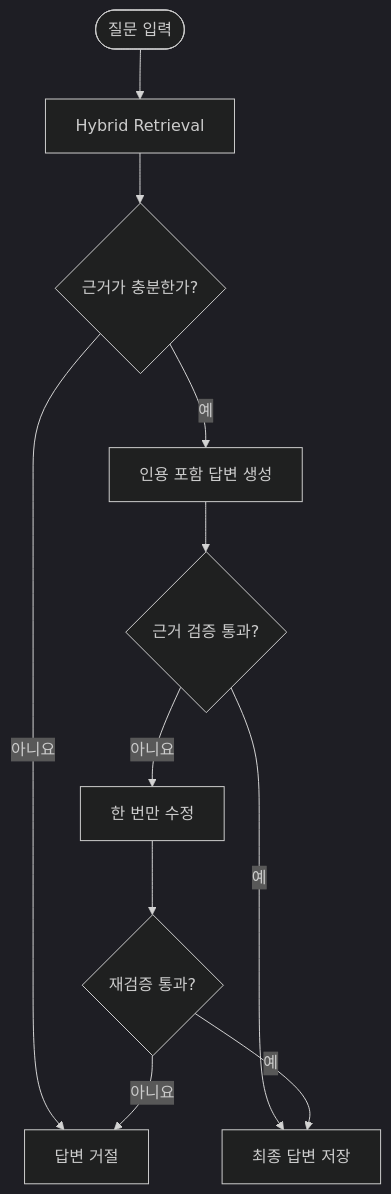
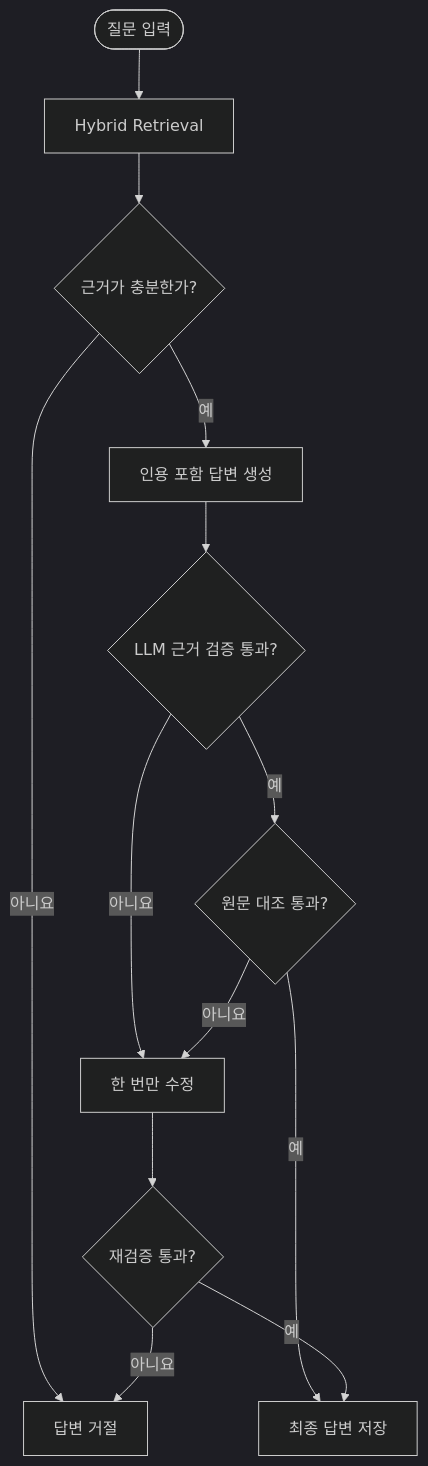
One commit to nnieun/life-archive-ai changed the first of 2 diagrams in README.md. Above: the diagram before and after it, drawn with Mermaid (dark theme). The commit also changed other lines of this file and 2 other files, not shown here.

Commit message:
feat(qa): LLM이 통과시킨 답변을 전사 원문과 결정론적으로 대조
기존 검증은 두 층뿐이었다. _draft_validation_error는 인용된 memory_id가
검색 결과 안에 있는지만 보고, AnswerVerification은 모델이 자기 답변을
스스로 채점한 결과다. 그래서 가짜 ID는 못 만들어도 진짜 ID에 지어낸
문장을 붙이면 그대로 통과했다.

_grounding_error를 추가했다. 검증기가 passed=True를 준 뒤에 실행되며,
모델 없이 확인 가능한 토큰만 본다.

- 주장에 나오는 숫자는 인용된 기억의 필드와 memory_sources offset으로
  잘라낸 전사 원문에 실제로 있어야 한다.
- 검색된 다른 기억의 인물 이름이 그 기억을 인용하지 않은 주장에
  등장하면 거부한다.
- 인용된 기억의 세그먼트를 찾을 수 없으면 추적 불가로 거부한다.

LLM 판정은 그대로 두고 거부권만 추가하는 순서라, 검증기가 두 번
통과시켜도 근거 없는 연도는 답변에 남지 않는다.

````diff
--- a/README.md
+++ b/README.md
@@ -95,16 +95,19 @@
 ```mermaid
 flowchart TD
     START([질문 입력]) --> RETRIEVE[Hybrid Retrieval]
     RETRIEVE --> CHECK{근거가 충분한가?}
 
     CHECK -- 아니요 --> REJECT[답변 거절]
     CHECK -- 예 --> GENERATE[인용 포함 답변 생성]
 
-    GENERATE --> VERIFY{근거 검증 통과?}
-    VERIFY -- 예 --> FINAL[최종 답변 저장]
+    GENERATE --> VERIFY{LLM 근거 검증 통과?}
+    VERIFY -- 예 --> GROUND{원문 대조 통과?}
     VERIFY -- 아니요 --> REWRITE[한 번만 수정]
+
+    GROUND -- 예 --> FINAL[최종 답변 저장]
+    GROUND -- 아니요 --> REWRITE
 
     REWRITE --> VERIFY2{재검증 통과?}
     VERIFY2 -- 예 --> FINAL
     VERIFY2 -- 아니요 --> REJECT
 ```
````
